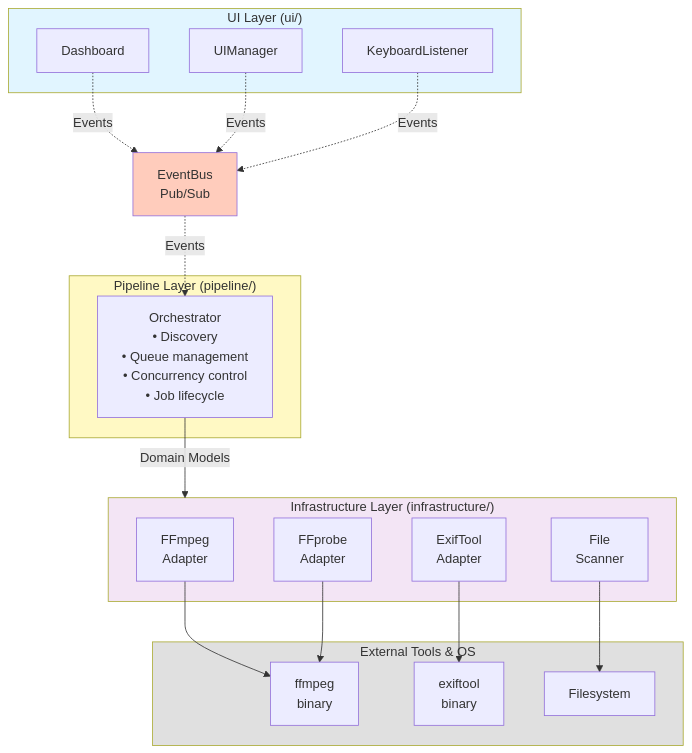
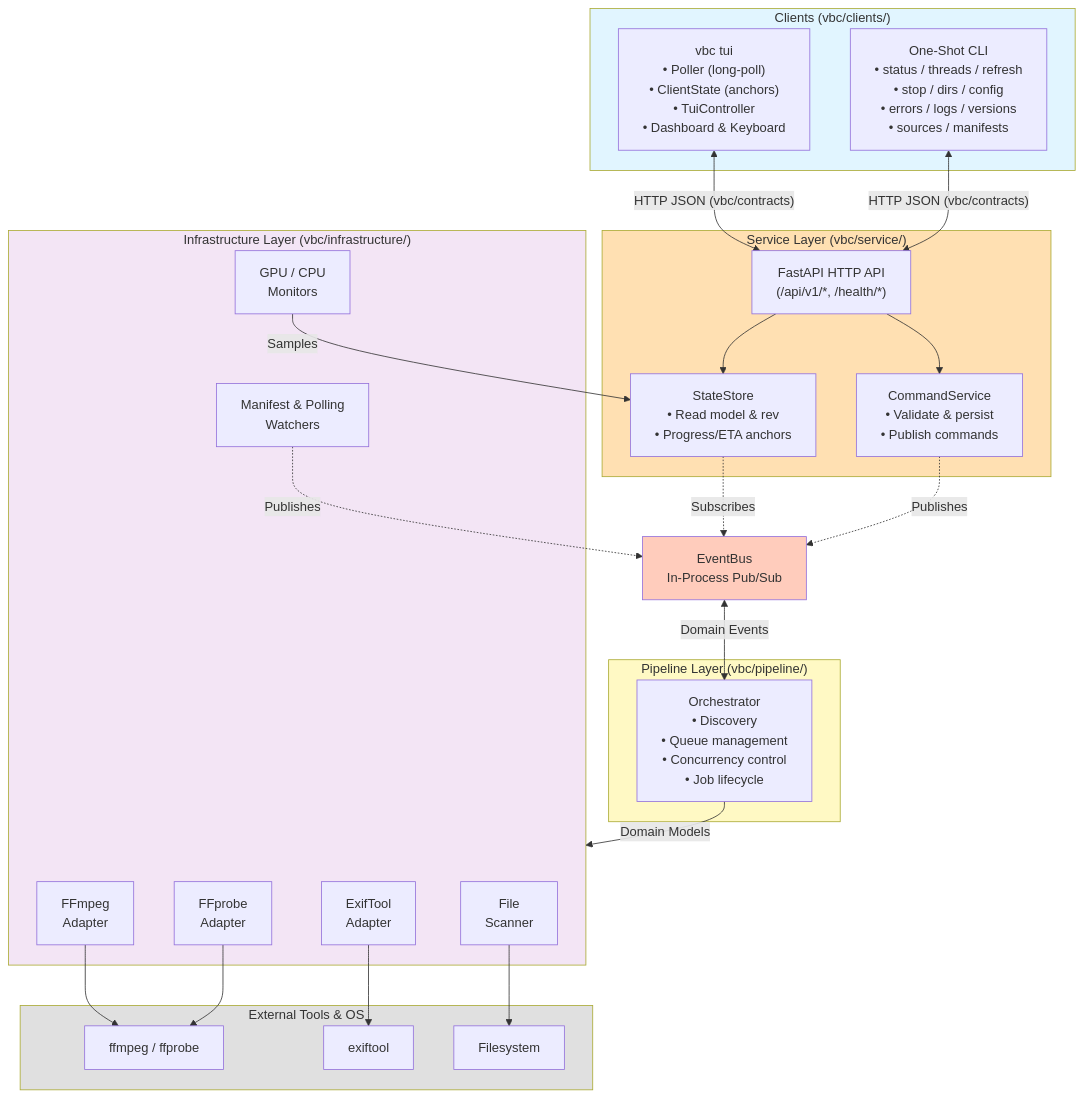
One commit to hipotures/vbc changed the diagram in docs/architecture/overview.md. Above: the diagram before and after it, drawn with Mermaid. The commit also changed other lines of this file and 20 other files, not shown here.

First line of the commit message:
Docs: describe the server / API / clients split and fix facts against the code

````diff
--- a/docs/architecture/overview.md
+++ b/docs/architecture/overview.md
@@ -15,43 +17,57 @@
 ```mermaid
 graph TB
-    subgraph UI["UI Layer (ui/)"]
-        Dashboard
-        UIManager
-        KeyboardListener
+    subgraph Clients["Clients (vbc/clients/)"]
+        TUI["vbc tui<br/>• Poller (long-poll)<br/>• ClientState (anchors)<br/>• TuiController<br/>• Dashboard & Keyboard"]
+        CLI["One-Shot CLI<br/>• status / threads / refresh<br/>• stop / dirs / config<br/>• errors / logs / versions<br/>• sources / manifests"]
     end
 
-    subgraph Pipeline["Pipeline Layer (pipeline/)"]
+    subgraph Service["Service Layer (vbc/service/)"]
+        API["FastAPI HTTP API<br/>(/api/v1/*, /health/*)"]
+        StateStore["StateStore<br/>• Read model & rev<br/>• Progress/ETA anchors"]
+        CommandService["CommandService<br/>• Validate & persist<br/>• Publish commands"]
+    end
+
+    subgraph Pipeline["Pipeline Layer (vbc/pipeline/)"]
         Orchestrator["Orchestrator<br/>• Discovery<br/>• Queue management<br/>• Concurrency control<br/>• Job lifecycle"]
     end
 
-    subgraph Infrastructure["Infrastructure Layer (infrastructure/)"]
+    subgraph Infrastructure["Infrastructure Layer (vbc/infrastructure/)"]
         FFmpeg["FFmpeg<br/>Adapter"]
         ExifTool["ExifTool<br/>Adapter"]
         FFprobe["FFprobe<br/>Adapter"]
         FileScanner["File<br/>Scanner"]
+        Watchers["Manifest & Polling<br/>Watchers"]
+        Monitors["GPU / CPU<br/>Monitors"]
     end
 
     subgraph External["External Tools & OS"]
-        ffmpeg_bin["ffmpeg<br/>binary"]
-        exiftool_bin["exiftool<br/>binary"]
+        ffmpeg_bin["ffmpeg / ffprobe"]
+        exiftool_bin["exiftool"]
         filesystem["Filesystem"]
     end
 
-    Dashboard -.->|"Events"| EventBus[EventBus<br/>Pub/Sub]
-    UIManager -.->|"Events"| EventBus
-    KeyboardListener -.->|"Events"| EventBus
+    TUI <-->|"HTTP JSON (vbc/contracts)"| API
+    CLI <-->|"HTTP JSON (vbc/contracts)"| API
+    API --> StateStore
+    API --> CommandService
 
-    EventBus -.->|"Events"| Orchestrator
+    StateStore -.->|"Subscribes"| EventBus[EventBus<br/>In-Process Pub/Sub]
+    CommandService -.->|"Publishes"| EventBus
+    Watchers -.->|"Publishes"| EventBus
+    Monitors -->|"Samples"| StateStore
+
+    EventBus <-->|"Domain Events"| Orchestrator
     Orchestrator -->|"Domain Models"| Infrastructure
 
     FFmpeg --> ffmpeg_bin
     ExifTool --> exiftool_bin
     FFprobe --> ffmpeg_bin
     FileScanner --> filesystem
 
-    style UI fill:#e1f5ff
+    style Clients fill:#e1f5ff
+    style Service fill:#ffe0b2
     style Pipeline fill:#fff9c4
     style Infrastructure fill:#f3e5f5
     style External fill:#e0e0e0
     style EventBus fill:#ffccbc
 ```
````
